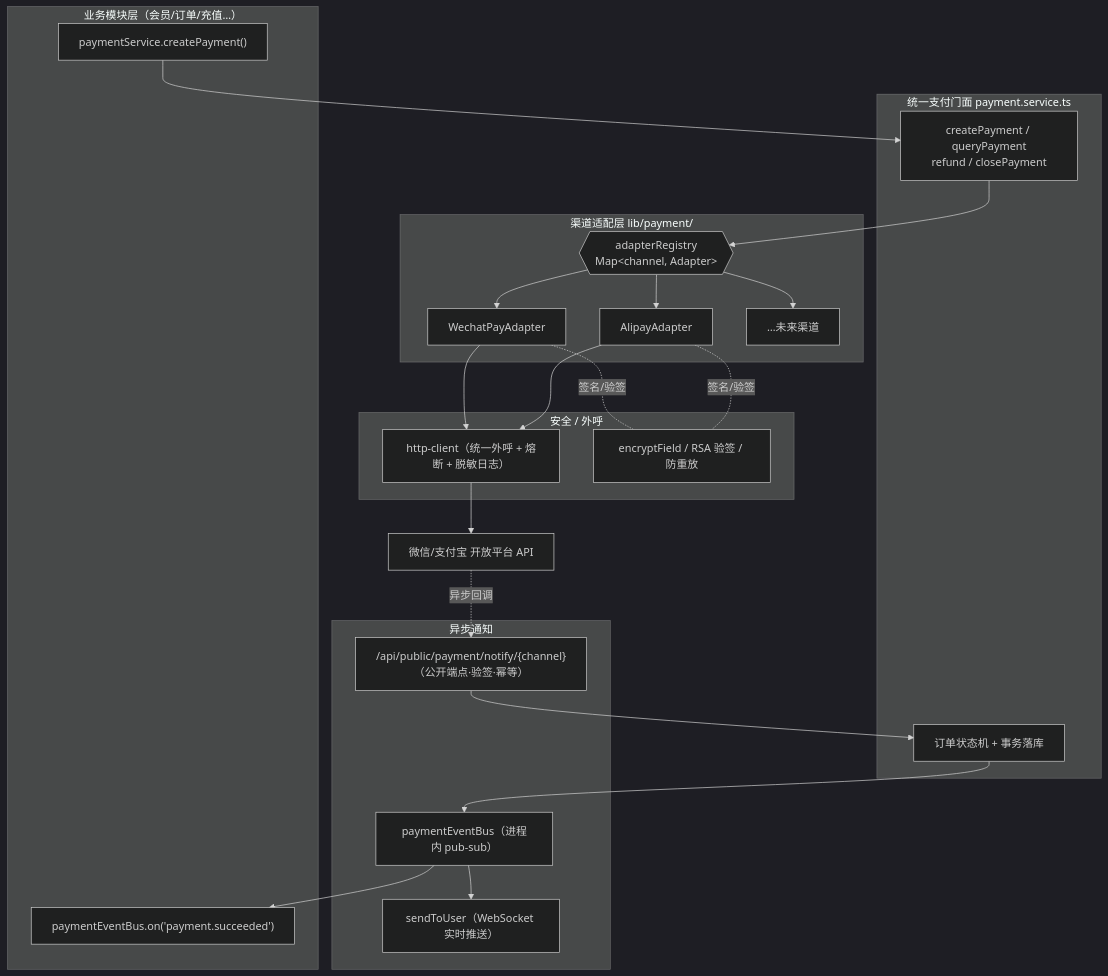
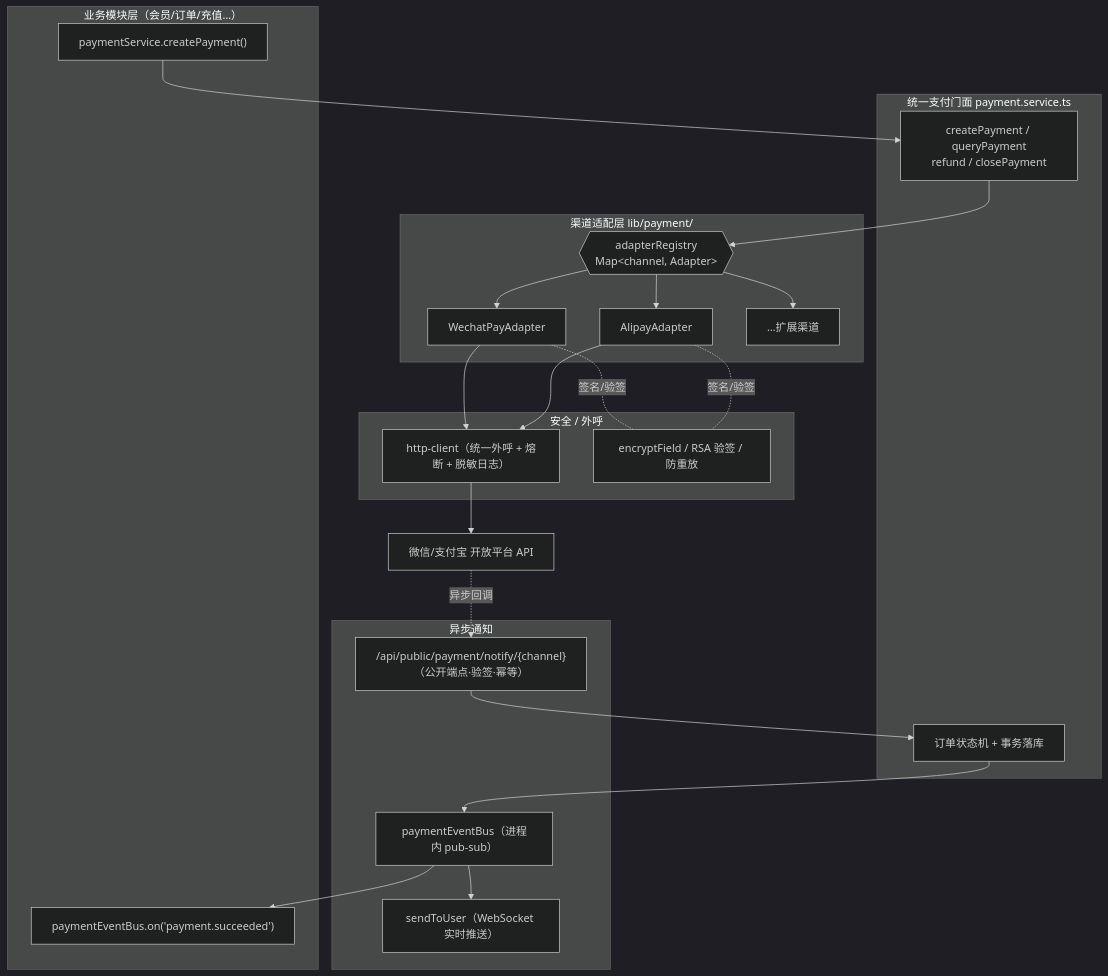
Before and after one commit to AI2Hub/zenith-admin: the first of 2 diagrams in docs/backend/payment/index.md, drawn with Mermaid (dark theme). The commit also changed other lines of this file and 42 other files, not shown here.

````diff
--- a/docs/backend/payment/index.md
+++ b/docs/backend/payment/index.md
@@ -19,38 +19,38 @@
 ```mermaid
 flowchart TB
     subgraph BIZ["业务模块层（会员/订单/充值…）"]
         B1["paymentService.createPayment()"]
         B2["paymentEventBus.on('payment.succeeded')"]
     end
 
     subgraph FACADE["统一支付门面 payment.service.ts"]
         F1["createPayment / queryPayment<br/>refund / closePayment"]
         F2["订单状态机 + 事务落库"]
     end
 
     subgraph ADAPTER["渠道适配层 lib/payment/"]
         AR{{"adapterRegistry<br/>Map&lt;channel, Adapter&gt;"}}
         WX["WechatPayAdapter"]
         ALI["AlipayAdapter"]
-        EXT["…未来渠道"]
+        EXT["…扩展渠道"]
     end
 
     subgraph SEC["安全 / 外呼"]
         HC["http-client（统一外呼 + 熔断 + 脱敏日志）"]
         ENC["encryptField / RSA 验签 / 防重放"]
     end
 
     subgraph CB["异步通知"]
         PUB["/api/public/payment/notify/{channel}<br/>（公开端点·验签·幂等）"]
         BUS["paymentEventBus（进程内 pub-sub）"]
         WS["sendToUser（WebSocket 实时推送）"]
     end
 
     B1 --> F1 --> AR
     AR --> WX & ALI & EXT
     WX & ALI --> HC --> OPEN["微信/支付宝 开放平台 API"]
     WX & ALI -.签名/验签.- ENC
     OPEN -. 异步回调 .-> PUB
     PUB --> F2 --> BUS
     BUS --> B2 & WS
 ```
````
